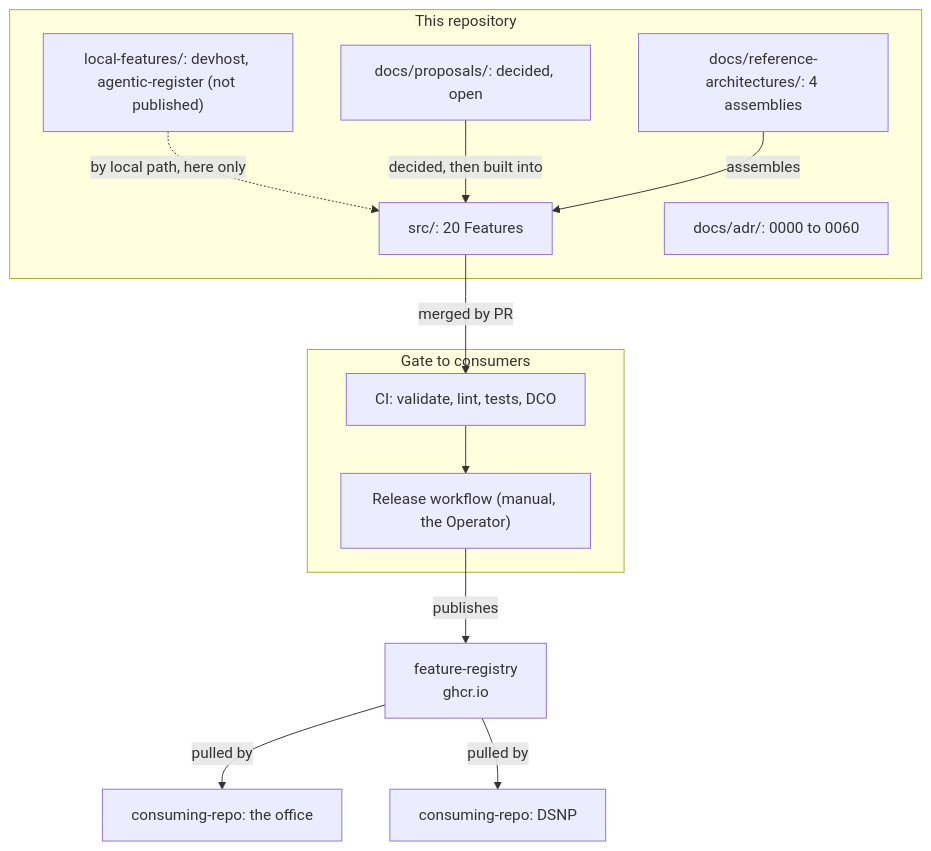
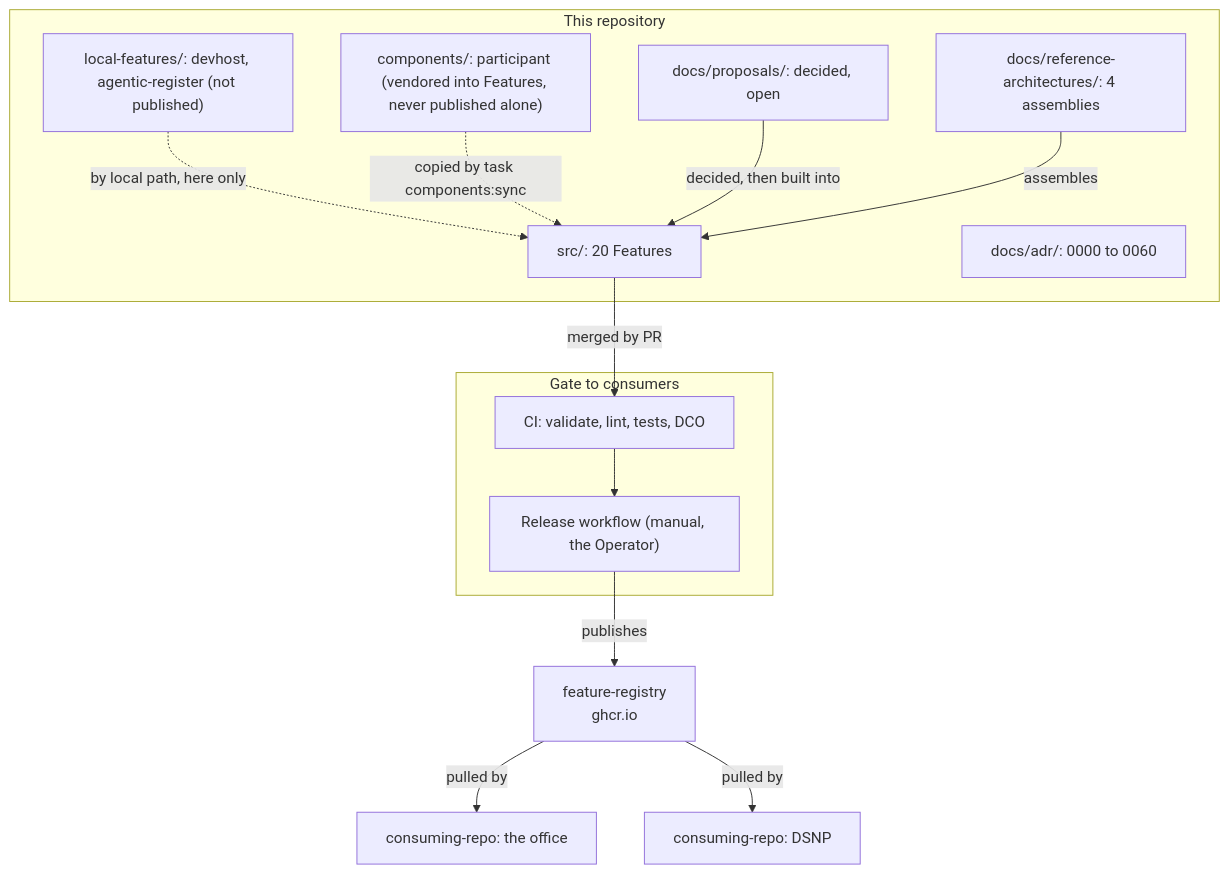
Before and after one commit to nabil-becker/devcontainer-features: the diagram in docs/architecture/state-of-the-architecture.md, drawn with Mermaid. The commit also changed other lines of this file and 4 other files, not shown here.

First line of the commit message:
docs: the participant component and the agents deprecation in the README and architecture (agents-participant-move)

````diff
--- a/docs/architecture/state-of-the-architecture.md
+++ b/docs/architecture/state-of-the-architecture.md
@@ -6,25 +6,27 @@
 ```mermaid
 flowchart TB
   subgraph tree["This repository"]
     src["src/: 20 Features"]
     lf["local-features/: devhost, agentic-register (not published)"]
+    comp["components/: participant (vendored into Features, never published alone)"]
     ra["docs/reference-architectures/: 4 assemblies"]
     pr["docs/proposals/: decided, open"]
     adr["docs/adr/: 0000 to 0060"]
   end
   subgraph gate["Gate to consumers"]
     ci["CI: validate, lint, tests, DCO"]
     release["Release workflow (manual, the Operator)"]
   end
   registry["feature-registry<br/>ghcr.io"]
   office["consuming-repo: the office"]
   dsnp["consuming-repo: DSNP"]
   src -->|merged by PR| ci
   ci --> release
   release -->|publishes| registry
   registry -->|pulled by| office
   registry -->|pulled by| dsnp
   lf -.->|by local path, here only| src
+  comp -.->|copied by task components:sync| src
   pr -->|decided, then built into| src
   ra -->|assembles| src
 ```
````
